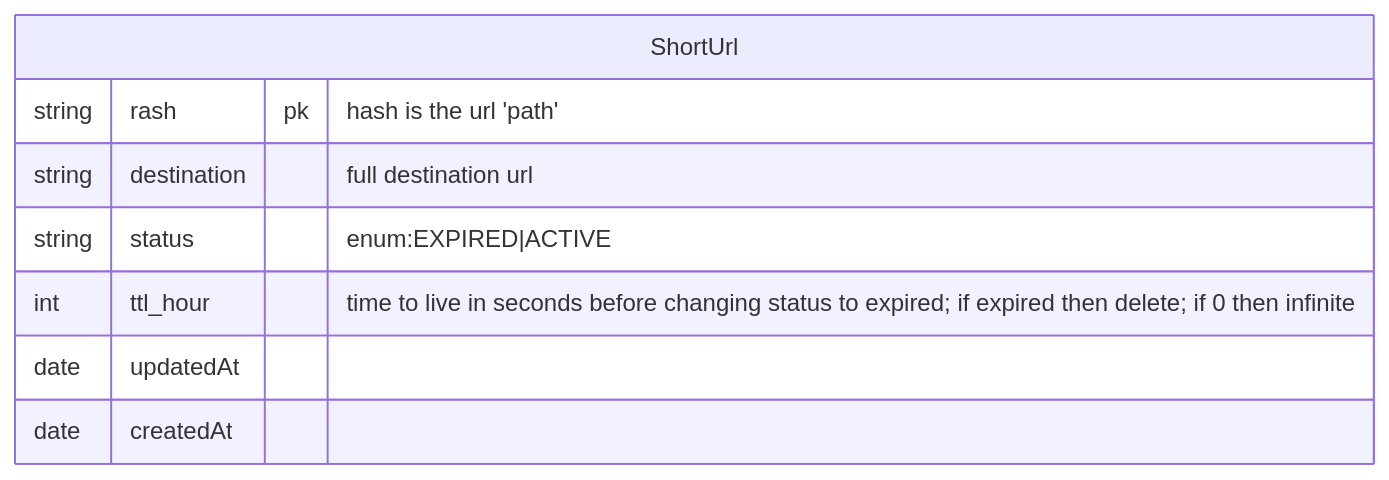
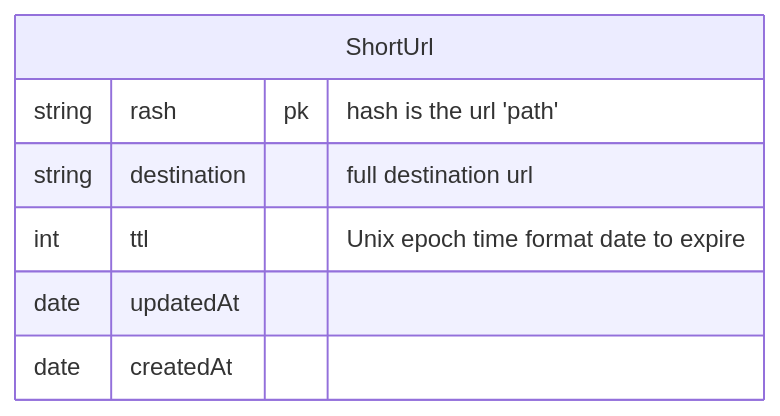
One commit to vzsoares/shortener changed the diagram in docs/entity.md. Above: the diagram before and after it, drawn with Mermaid. The commit also changed 2 other files, not shown here.

Commit message:
feat: url types

````diff
--- a/docs/entity.md
+++ b/docs/entity.md
@@ -1,11 +1,11 @@
 ```mermaid
 erDiagram
     ShortUrl {
         string rash pk "hash is the url 'path' "
         string destination "full destination url"
-        string status "enum:EXPIRED|ACTIVE"
-        int ttl_hour "time to live in seconds before changing status to expired; if expired then delete; if 0 then infinite"
+        %% string status "enum:EXPIRED|ACTIVE"
+        int ttl "Unix epoch time format date to expire"
         date updatedAt
         date createdAt
     }
 ```
````
